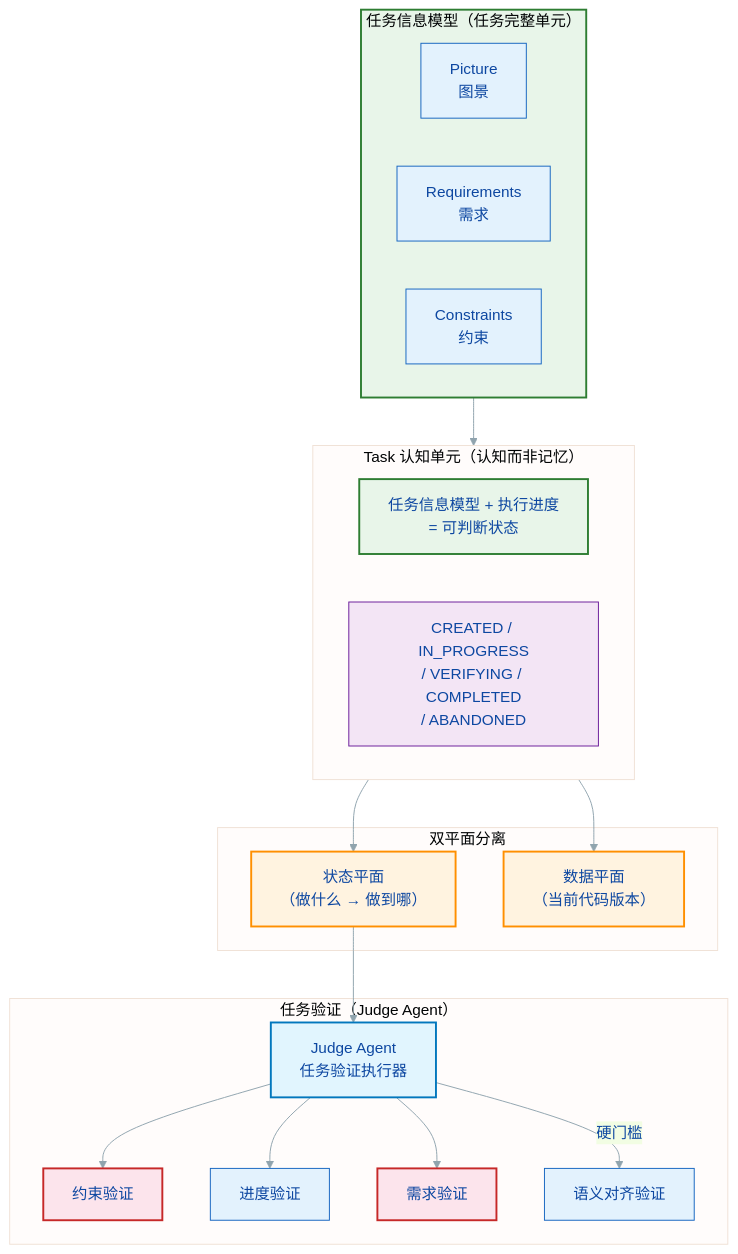
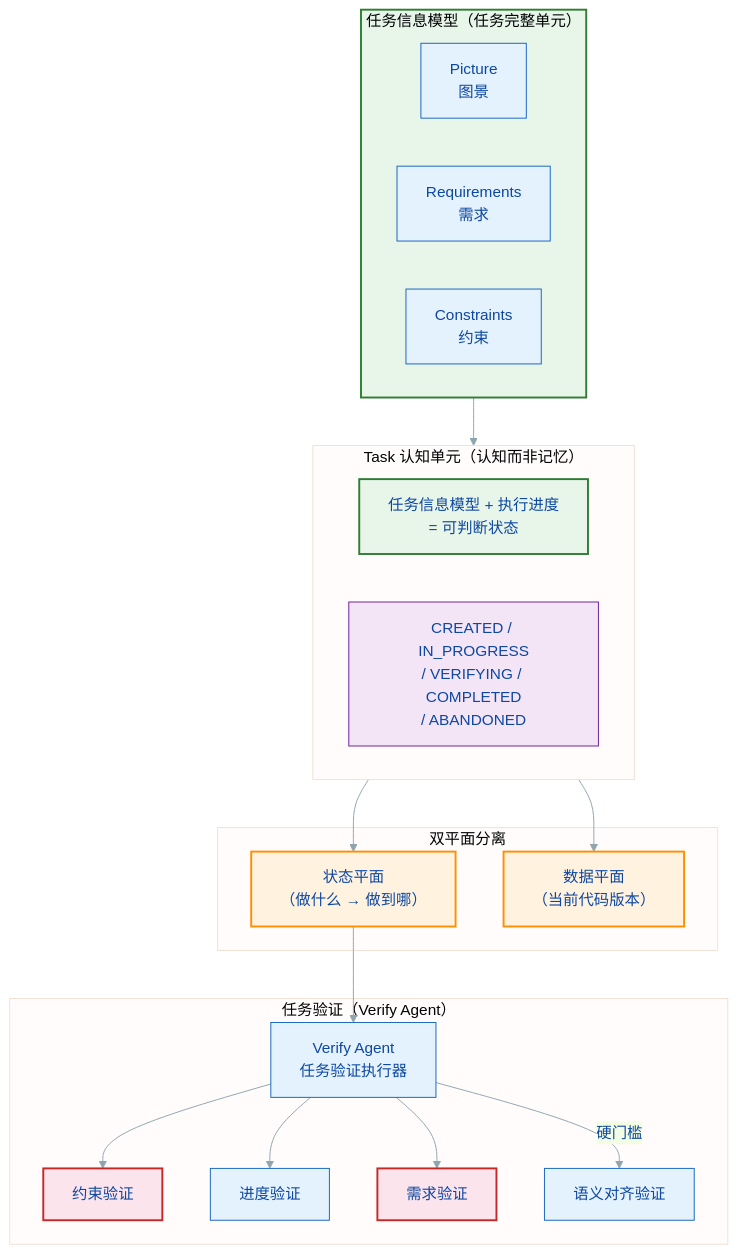
Before and after one commit to Lazyn0tBug/mem0ress: the first of 9 diagrams in docs/SPEC.md, drawn with Mermaid. The commit also changed other lines of this file, not shown here.

Commit message:
refactor(SPEC): Judge → Verify Agent; judge.md → verify.md; fix duplicate verify.md entries

````diff
--- a/docs/SPEC.md
+++ b/docs/SPEC.md
@@ -55,49 +55,47 @@
 ```mermaid
 %% label：核心解法总览
 %%{ init: { 'theme': 'base', 'themeVariables': { 'primaryColor': '#e3f2fd', 'primaryTextColor': '#0d47a1', 'primaryBorderColor': '#1565c0', 'lineColor': '#90a4ae', 'fontFamily': 'arial' } } }%%
 graph TB
     subgraph PRC["任务信息模型（任务完整单元）"]
         PIC["Picture\n图景"]
         REQ["Requirements\n需求"]
         CST["Constraints\n约束"]
     end
 
     subgraph TASK["Task 认知单元（认知而非记忆）"]
         TR["任务信息模型 + 执行进度\n= 可判断状态"]
         ST["CREATED / IN_PROGRESS\n/ VERIFYING / COMPLETED\n/ ABANDONED"]
     end
 
     subgraph DUAL["双平面分离"]
         SP["状态平面\n（做什么 → 做到哪）"]
         DP["数据平面\n（当前代码版本）"]
     end
 
-    subgraph TIERS["任务验证（Judge Agent）"]
-        J["Judge Agent\n任务验证执行器"]
+    subgraph TIERS["任务验证（Verify Agent）"]
+        J["Verify Agent\n任务验证执行器"]
         C["约束验证"]
         T1["进度验证"]
         R["需求验证"]
         T3["语义对齐验证"]
     end
 
     PRC --> TASK
     TASK --> SP
     TASK --> DP
     SP --> J
     J --> C
     J --> T1
     J --> R
     J -->|硬门槛| T3
 
     classDef prc fill:#e8f5e9,stroke:#2e7d32,stroke-width:2px;
     classDef task fill:#e3f2fd,stroke:#1565c0,stroke-width:2px;
     classDef plane fill:#fff3e0,stroke:#ff8f00,stroke-width:2px;
     classDef tier fill:#fce4ec,stroke:#c62828,stroke-width:2px;
-    classDef judge fill:#e1f5fe,stroke:#0277bd,stroke-width:2px;
     classDef state fill:#f3e5f5,stroke:#6a1b9a,stroke-width:1px;
     class PRC,task,TR,ST prc;
     class SP,DP plane;
     class C,T,R,S tier;
-    class J judge;
     class ST state;
 ```
````
